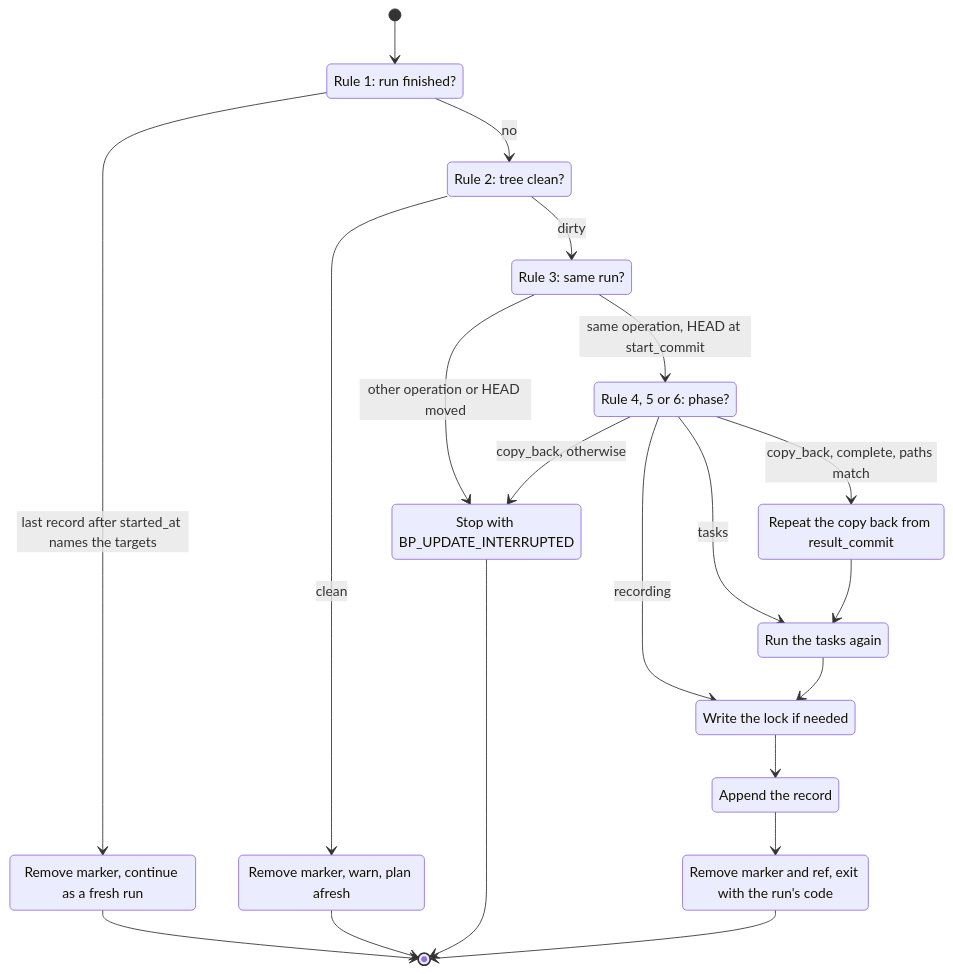
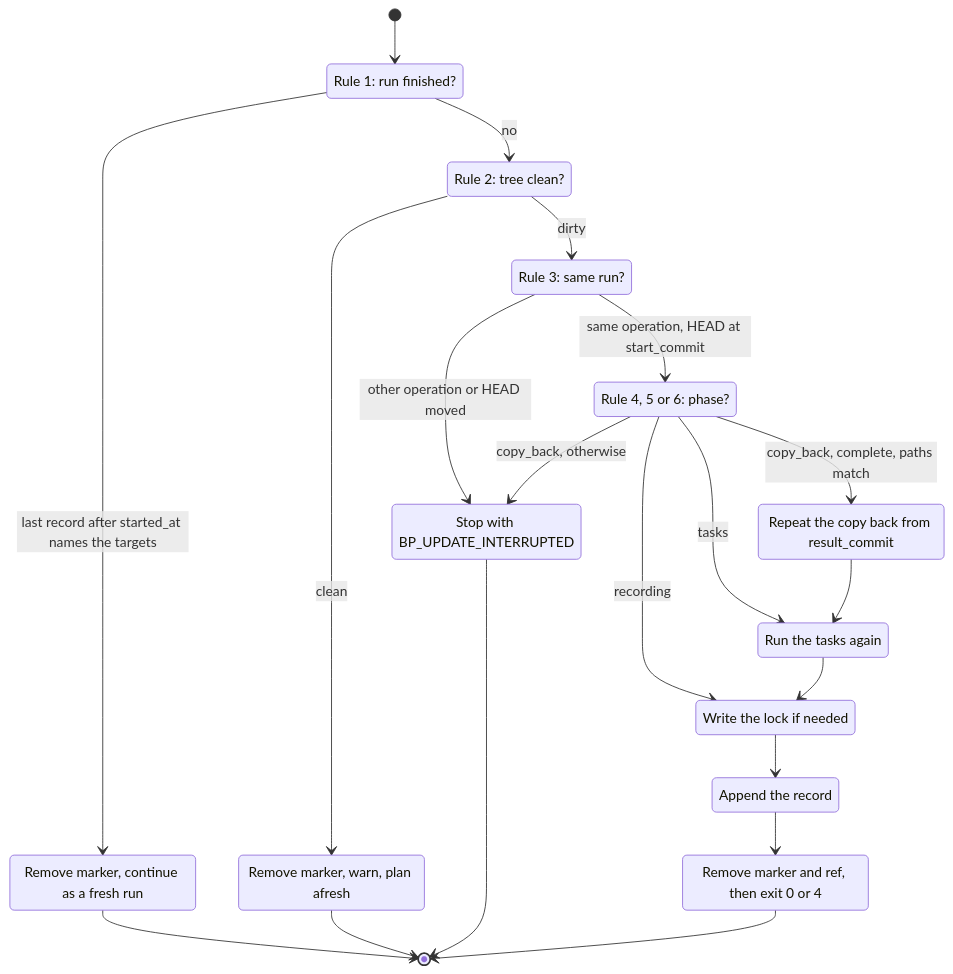
One commit to TheRealBillSiegler/boilerplate changed the second of 2 diagrams in docs/design/06-project-lifecycle.md. Above: the diagram before and after it, drawn with Mermaid.

Commit message:
docs(design): drop the apostrophe from the recovery diagram label

````diff
--- a/docs/design/06-project-lifecycle.md
+++ b/docs/design/06-project-lifecycle.md
@@ -375,35 +375,35 @@
 ```mermaid
 stateDiagram-v2
     direction TB
     state "Rule 1: run finished?" as R1
     state "Rule 2: tree clean?" as R2
     state "Rule 3: same run?" as R3
     state "Rule 4, 5 or 6: phase?" as P
     state "Remove marker, continue as a fresh run" as Fresh
     state "Remove marker, warn, plan afresh" as Afresh
     state "Stop with BP_UPDATE_INTERRUPTED" as Stop
     state "Repeat the copy back from result_commit" as Repeat
     state "Run the tasks again" as Tasks
     state "Write the lock if needed" as Lock
     state "Append the record" as Rec
-    state "Remove marker and ref, exit with the run's code" as Done
+    state "Remove marker and ref, then exit 0 or 4" as Done
     [*] --> R1
     R1 --> Fresh: last record after started_at names the targets
     R1 --> R2: no
     R2 --> Afresh: clean
     R2 --> R3: dirty
     R3 --> Stop: other operation or HEAD moved
     R3 --> P: same operation, HEAD at start_commit
     P --> Repeat: copy_back, complete, paths match
     P --> Stop: copy_back, otherwise
     P --> Tasks: tasks
     P --> Lock: recording
     Repeat --> Tasks
     Tasks --> Lock
     Lock --> Rec
     Rec --> Done
     Fresh --> [*]
     Afresh --> [*]
     Stop --> [*]
     Done --> [*]
 ```
````
